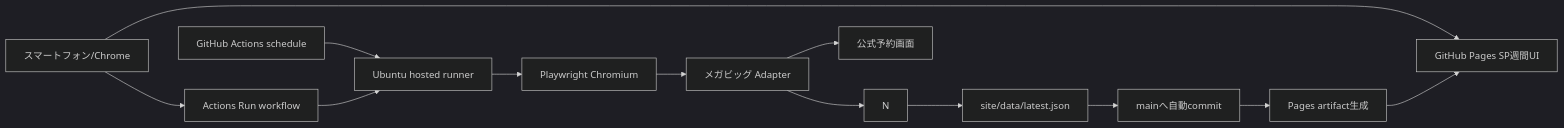
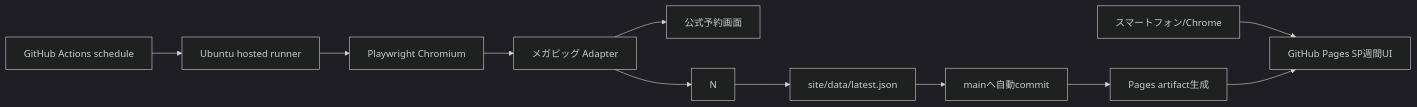
Before and after one commit to kkrod899/megabig-fuse-availability: the second of 3 diagrams in ROOM_AVAILABILITY_REQUIREMENTS.md, drawn with Mermaid (dark theme). The commit also changed other lines of this file and 9 other files, not shown here.

````diff
--- a/ROOM_AVAILABILITY_REQUIREMENTS.md
+++ b/ROOM_AVAILABILITY_REQUIREMENTS.md
@@ -398,15 +397,13 @@
 ```mermaid
 flowchart LR
     U[スマートフォン/Chrome] --> PAGE[GitHub Pages SP週間UI]
-    U --> MANUAL[Actions Run workflow]
     SCH[GitHub Actions schedule] --> RUNNER[Ubuntu hosted runner]
-    MANUAL --> RUNNER
     RUNNER --> PW[Playwright Chromium]
     PW --> MB[メガビッグ Adapter]
     MB --> WEB2[公式予約画面]
     MB --> N
     N --> JSON[site/data/latest.json]
     JSON --> COMMIT[mainへ自動commit]
     COMMIT --> BUILD[Pages artifact生成]
     BUILD --> PAGE
 ```
````
